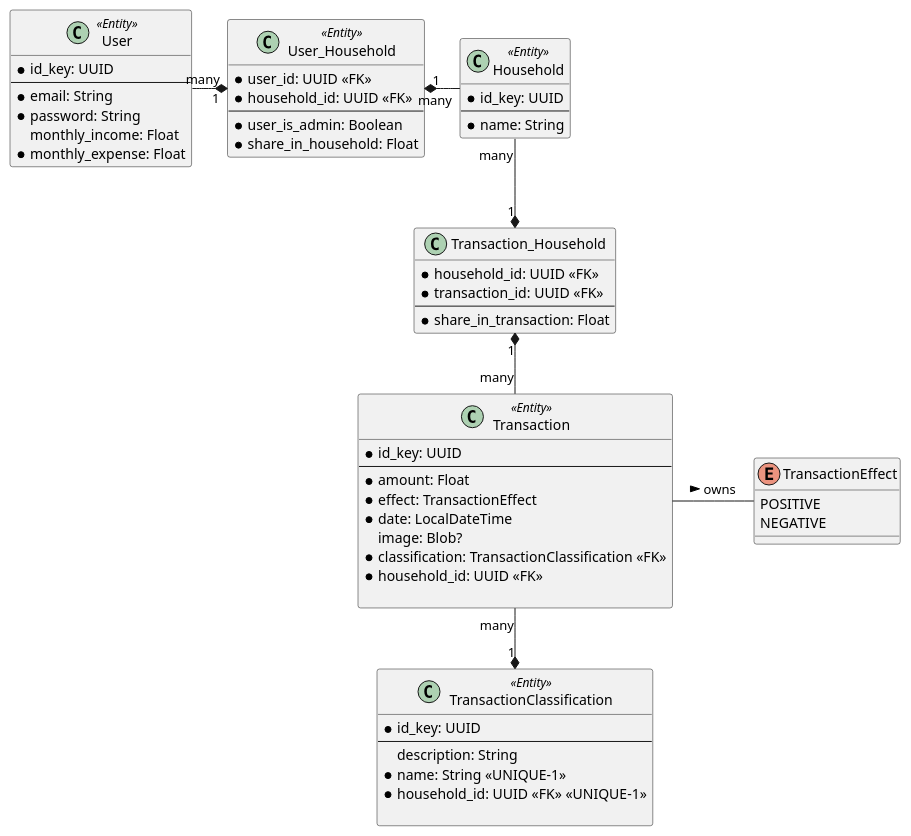
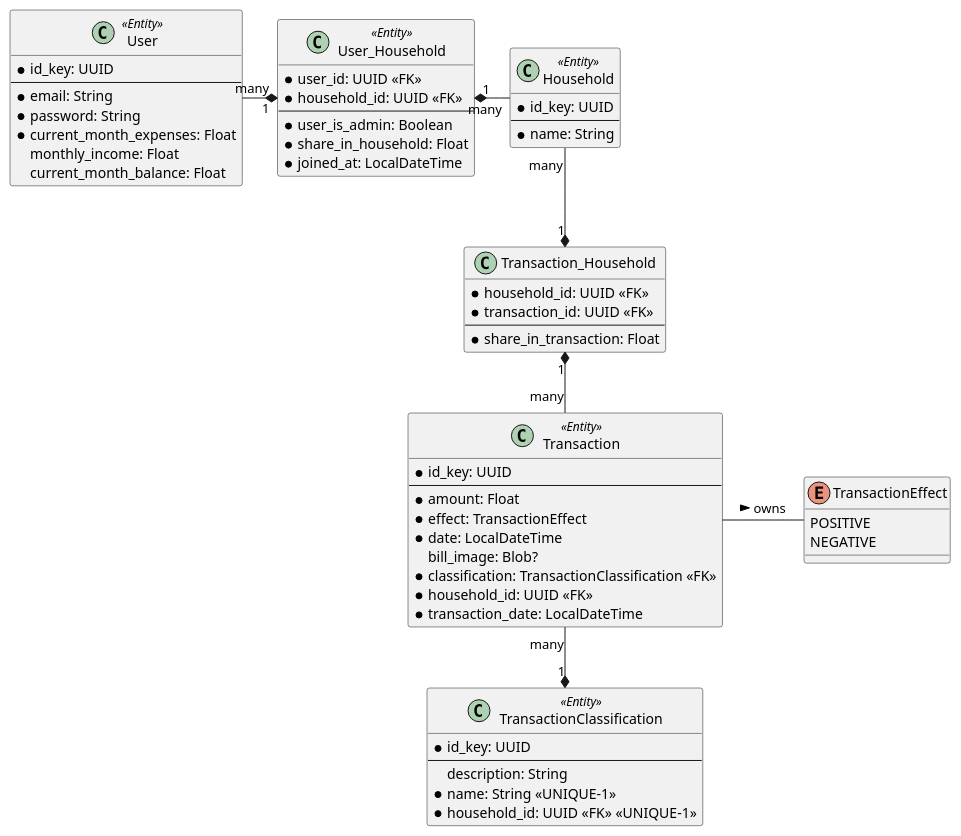
Before and after one commit to GroellerKarim/Haushalt: the diagram in java-spring-backend/src/main/puml/domain.puml, drawn with PlantUML.

Commit message:
Added, transaction_date and joined_household_date fields

```diff
--- a/java-spring-backend/src/main/puml/domain.puml
+++ b/java-spring-backend/src/main/puml/domain.puml
@@ -1,68 +1,69 @@
 @startuml
 
 class User <<Entity>> {
     *id_key: UUID
     --
     *email: String
     *password: String
+    *current_month_expenses: Float
     monthly_income: Float
-    *monthly_expense: Float
+    current_month_balance: Float
 }
 
 class User_Household <<Entity>>{
     *user_id: UUID <<FK>>
     *household_id: UUID <<FK>>
     --
     *user_is_admin: Boolean
     *share_in_household: Float
+    *joined_at: LocalDateTime
 }
 
 User "many" -right-* "1" User_Household
 User_Household "1" *-right- "many" Household
 
 class Household <<Entity>>{
     *id_key: UUID
     --
     *name: String
 }
 
 class TransactionClassification <<Entity>>{
     * id_key: UUID
     --
     description: String
     *name: String <<UNIQUE-1>>
     *household_id: UUID <<FK>> <<UNIQUE-1>>
-
 }
 
 class Transaction <<Entity>>{
     *id_key: UUID
     --
     *amount: Float
     *effect: TransactionEffect
     *date: LocalDateTime
-    image: Blob?
+    bill_image: Blob?
     *classification: TransactionClassification <<FK>>
     *household_id: UUID <<FK>>
-
+    *transaction_date: LocalDateTime
 }
 
 class Transaction_Household {
     *household_id: UUID <<FK>>
     *transaction_id: UUID <<FK>>
     --
     *share_in_transaction: Float
 }
 
 Transaction -right- TransactionEffect : > owns
 Transaction "many" -up-* "1" Transaction_Household
 Household "many" --* "1" Transaction_Household
 Transaction  "many" --* "1" TransactionClassification
 
 enum TransactionEffect {
     POSITIVE
     NEGATIVE
 }
 
 
 @enduml
```
